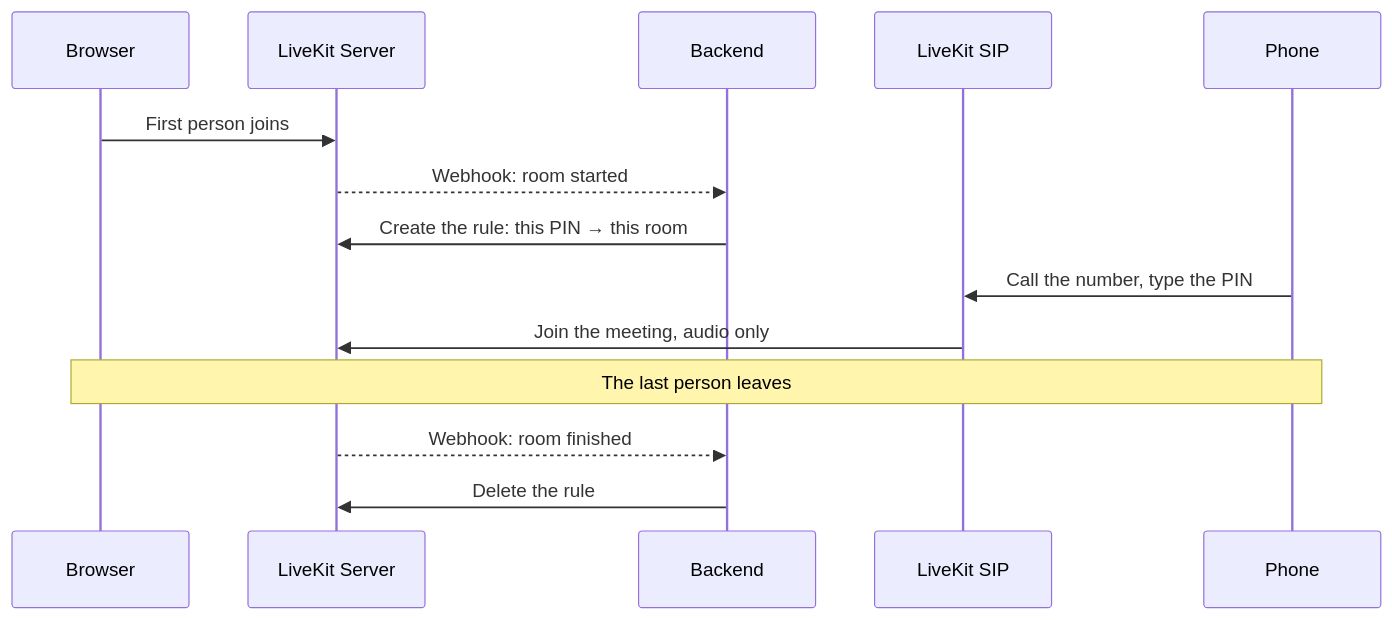
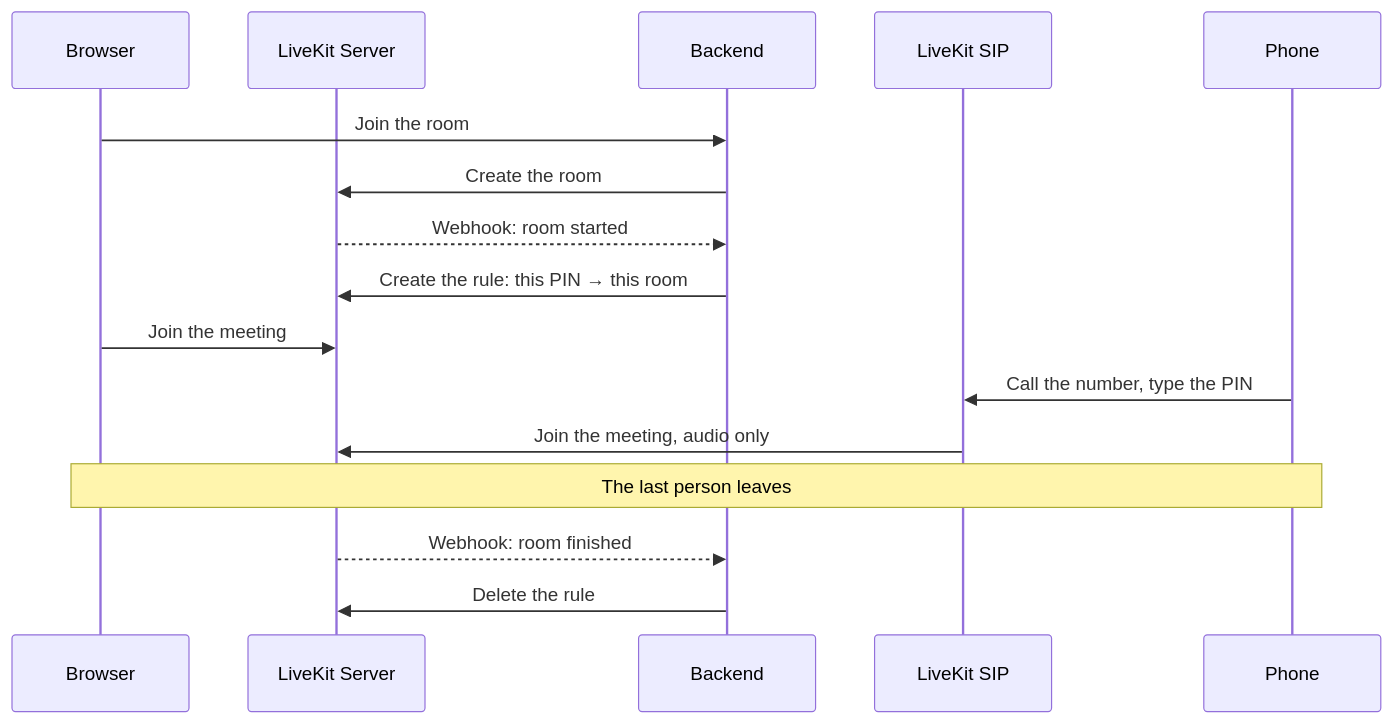
Before and after one commit to suitenumerique/meet: the sixth of 6 diagrams in docs/overview/how-meet-works.md, drawn with Mermaid. The commit also changed other lines of this file and 18 other files, not shown here.

First line of the commit message:
✨(backend) create LiveKit rooms before handing out join tokens

````diff
--- a/docs/overview/how-meet-works.md
+++ b/docs/overview/how-meet-works.md
@@ -271,17 +274,19 @@
 ```mermaid
 sequenceDiagram
     participant B as Browser
     participant LK as LiveKit Server
     participant BE as Backend
     participant SIP as LiveKit SIP
     participant P as Phone
 
-    B->>LK: First person joins
+    B->>BE: Join the room
+    BE->>LK: Create the room
     LK-->>BE: Webhook: room started
     BE->>LK: Create the rule: this PIN → this room
+    B->>LK: Join the meeting
     P->>SIP: Call the number, type the PIN
     SIP->>LK: Join the meeting, audio only
     Note over B,P: The last person leaves
     LK-->>BE: Webhook: room finished
     BE->>LK: Delete the rule
 ```
````
